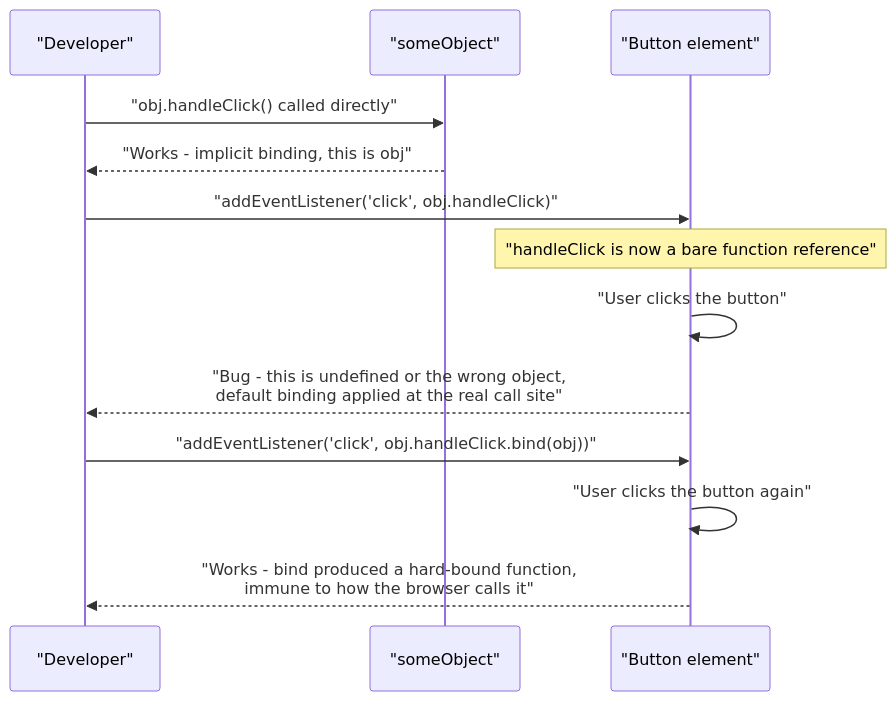
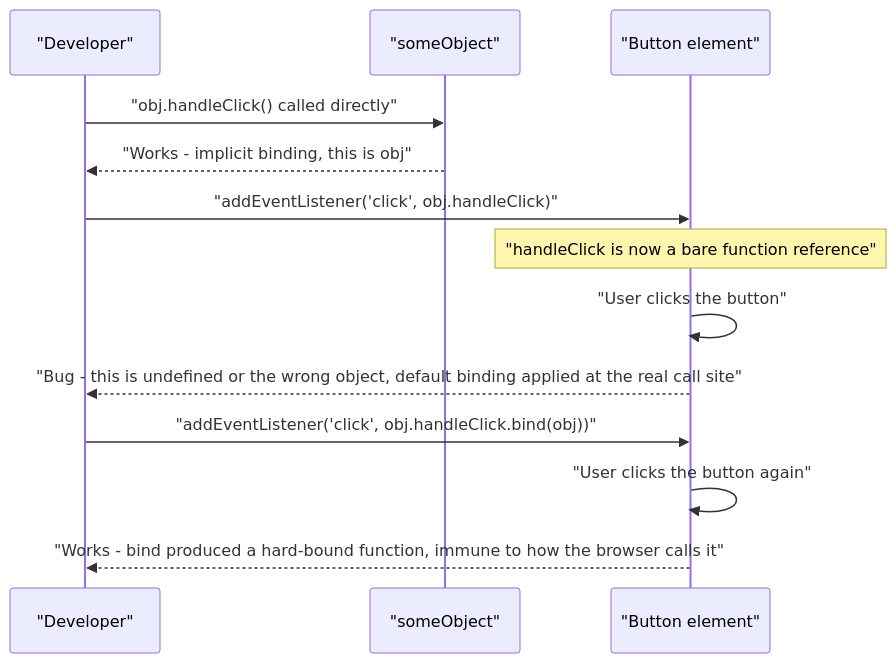
The second of 2 diagrams in data/topics/this-binding.md (vinayakhumberi/litmus), drawn with Mermaid before and after one commit. The commit also changed other lines of this file and 68 other files, not shown here.

````diff
--- a/data/topics/this-binding.md
+++ b/data/topics/this-binding.md
@@ -137,16 +137,16 @@
 ```mermaid
 sequenceDiagram
     participant Dev as "Developer"
     participant Obj as "someObject"
     participant Btn as "Button element"
 
     Dev->>Obj: "obj.handleClick() called directly"
     Obj-->>Dev: "Works - implicit binding, this is obj"
     Dev->>Btn: "addEventListener('click', obj.handleClick)"
     Note over Btn: "handleClick is now a bare function reference"
     Btn->>Btn: "User clicks the button"
-    Btn-->>Dev: "Bug - this is undefined or the wrong object,<br>default binding applied at the real call site"
+    Btn-->>Dev: "Bug - this is undefined or the wrong object, default binding applied at the real call site"
     Dev->>Btn: "addEventListener('click', obj.handleClick.bind(obj))"
     Btn->>Btn: "User clicks the button again"
-    Btn-->>Dev: "Works - bind produced a hard-bound function,<br>immune to how the browser calls it"
+    Btn-->>Dev: "Works - bind produced a hard-bound function, immune to how the browser calls it"
 ```
````
